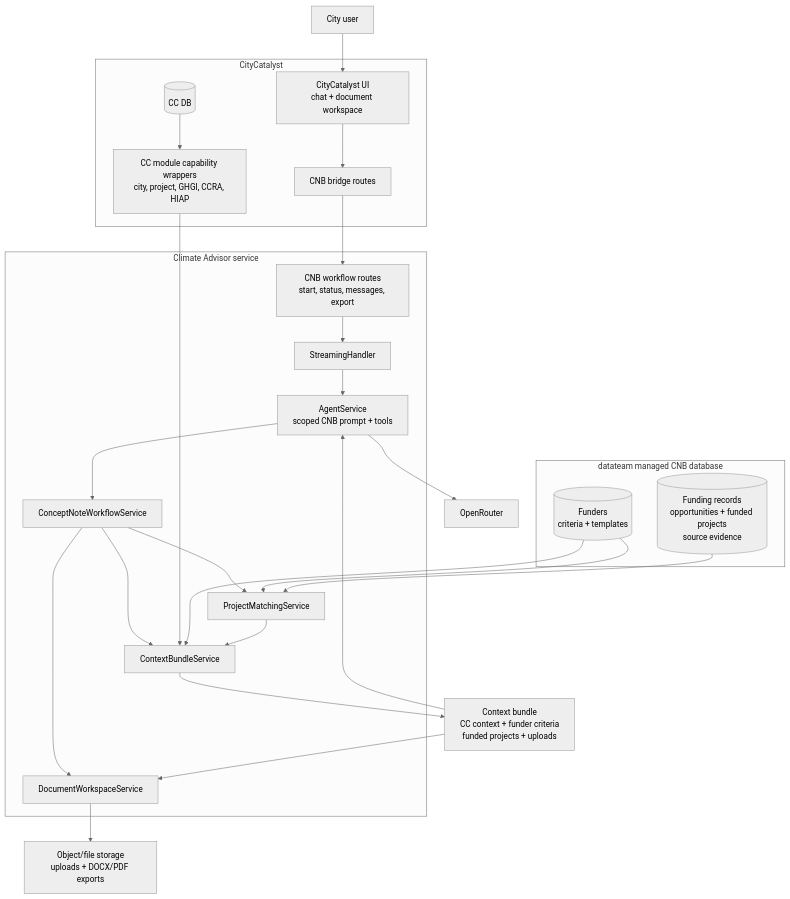
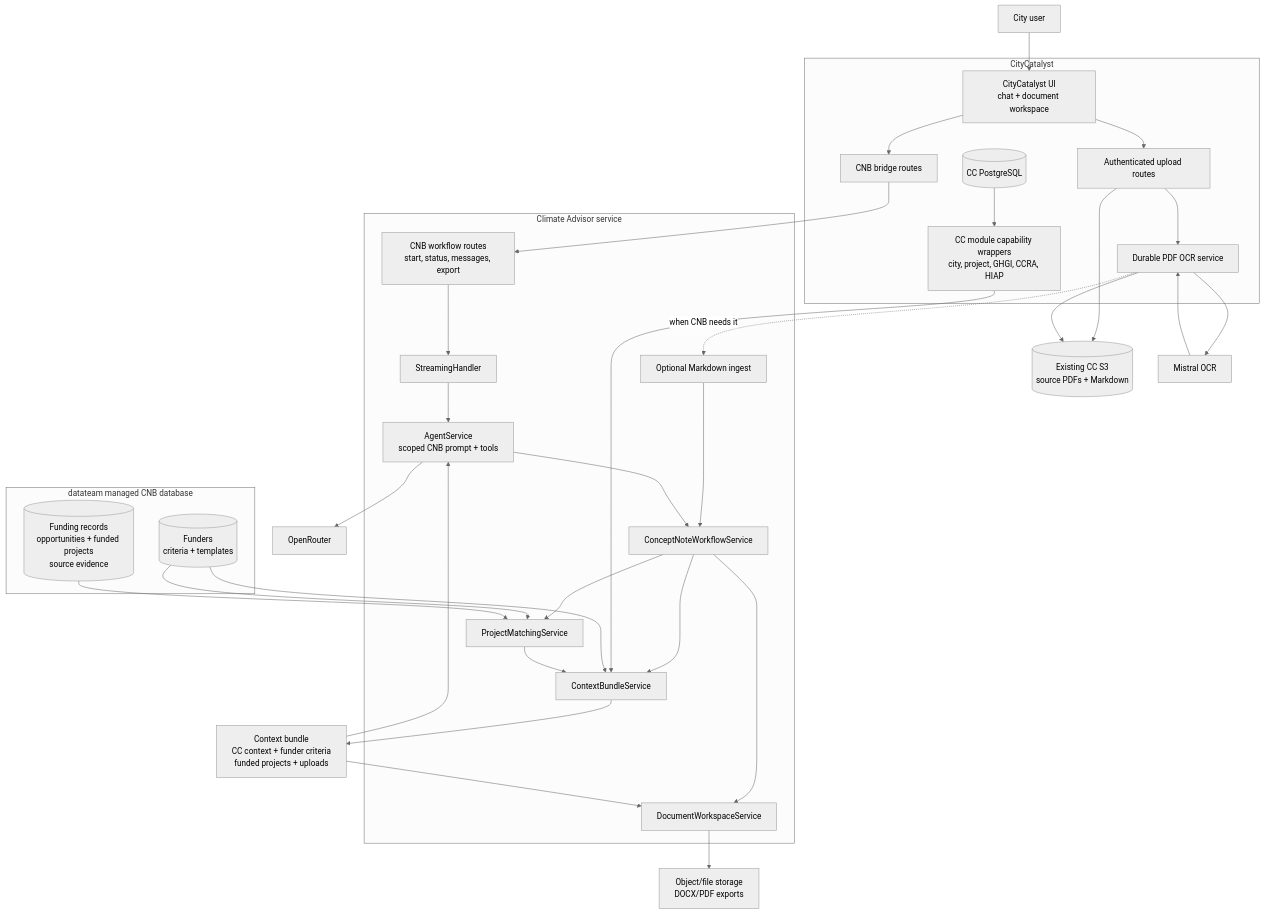
One commit to Open-Earth-Foundation/CityCatalyst changed the first of 13 diagrams in docs/ConceptNoteBuilderArchitecture.md. Above: the diagram before and after it, drawn with Mermaid (neutral theme). The commit also changed other lines of this file and 1 other file, not shown here.

Commit message:
docs: move PDF OCR ownership to CityCatalyst

````diff
--- a/docs/ConceptNoteBuilderArchitecture.md
+++ b/docs/ConceptNoteBuilderArchitecture.md
@@ -65,50 +70,64 @@
 ```mermaid
 flowchart TB
     User["City user"] --> CCUI["CityCatalyst UI<br/>chat + document workspace"]
 
     subgraph CC["CityCatalyst"]
         CCUI
         CCBridge["CNB bridge routes"]
+        CCUpload["Authenticated upload routes"]
+        CCOCR["Durable PDF OCR service"]
         CCCaps["CC module capability wrappers<br/>city, project, GHGI, CCRA, HIAP"]
-        CCData[("CC DB")]
+        CCData[("CC PostgreSQL")]
     end
+
+    CCFiles[("Existing CC S3<br/>source PDFs + Markdown")]
+    Mistral["Mistral OCR"]
 
     subgraph CA["Climate Advisor service"]
         CARoutes["CNB workflow routes<br/>start, status, messages, export"]
+        MarkdownIngress["Optional Markdown ingest"]
         Stream["StreamingHandler"]
         Agent["AgentService<br/>scoped CNB prompt + tools"]
         CNBService["ConceptNoteWorkflowService"]
         ContextService["ContextBundleService"]
         DocService["DocumentWorkspaceService"]
         MatchService["ProjectMatchingService"]
     end
 
     subgraph CNBDB["datateam managed CNB database"]
         FunderDB[("Funders<br/>criteria + templates")]
         ProjectKB[("Funding records<br/>opportunities + funded projects<br/>source evidence")]
     end
 
     ContextBundle["Context bundle<br/>CC context + funder criteria<br/>funded projects + uploads"]
     OpenRouter["OpenRouter"]
-    ObjectStore["Object/file storage<br/>uploads + DOCX/PDF exports"]
+    ExportStore["Object/file storage<br/>DOCX/PDF exports"]
 
     CCUI --> CCBridge
+    CCUI --> CCUpload
+    CCUpload --> CCFiles
+    CCUpload --> CCOCR
+    CCOCR --> Mistral
+    Mistral --> CCOCR
+    CCOCR --> CCFiles
+    CCOCR -. "when CNB needs it" .-> MarkdownIngress
+    MarkdownIngress --> CNBService
     CCBridge --> CARoutes
     CARoutes --> Stream
     Stream --> Agent
     Agent --> CNBService
     CNBService --> ContextService
     CNBService --> DocService
     CNBService --> MatchService
     CCData --> CCCaps
     CCCaps --> ContextService
     FunderDB --> ContextService
     FunderDB --> MatchService
     ProjectKB --> MatchService
     MatchService --> ContextService
     ContextService --> ContextBundle
     ContextBundle --> Agent
     ContextBundle --> DocService
-    DocService --> ObjectStore
+    DocService --> ExportStore
     Agent --> OpenRouter
 ```
````
